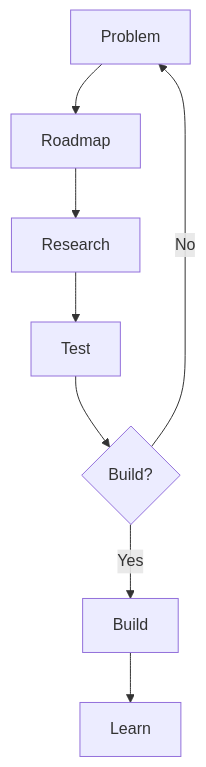
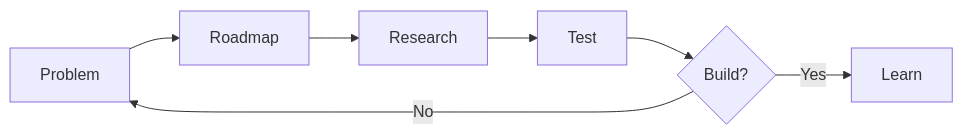
Before and after one commit to sharonlafleur1984/how-i-work: the diagram in process.md, drawn with Mermaid. The commit also changed other lines of this file, not shown here.

````diff
--- a/process.md
+++ b/process.md
@@ -7,6 +7,6 @@
 ```mermaid
-flowchart TD
+flowchart LR
   A[Problem] --> B[Roadmap] --> C[Research] --> D[Test] --> E{Build?}
-  E -- Yes --> F[Build] --> G[Learn]
+  E -- Yes --> F[Learn]
   E -- No --> A
 ```
````
